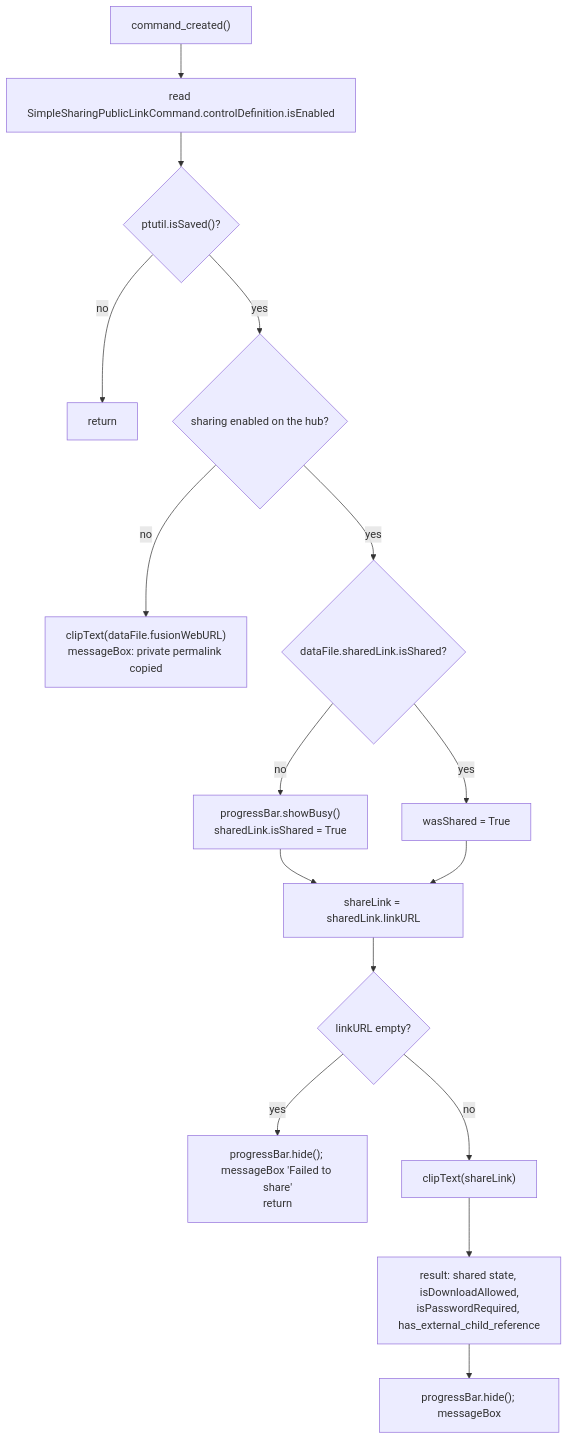
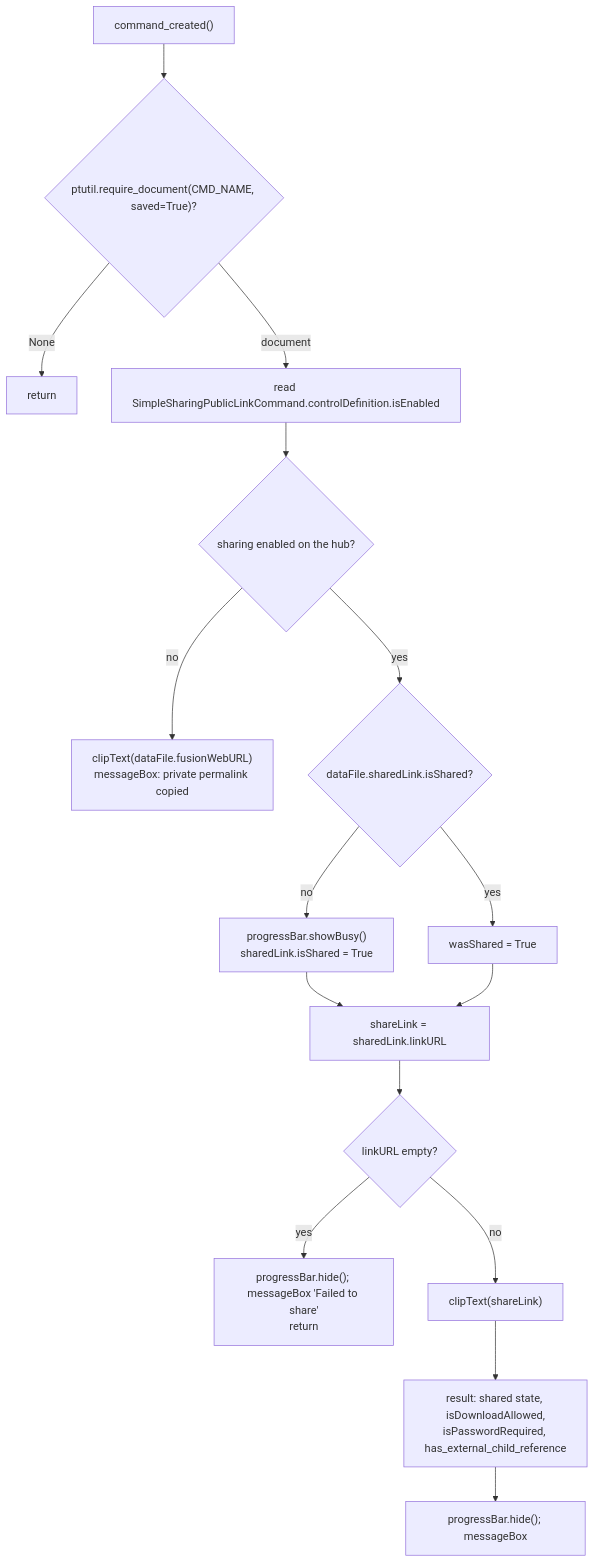
One commit to schneik80/PowerTools changed the diagram in docs/arch/Get a Share Link.md. Above: the diagram before and after it, drawn with Mermaid. The commit also changed other lines of this file and 79 other files, not shown here.

````diff
--- a/docs/arch/Get a Share Link.md
+++ b/docs/arch/Get a Share Link.md
@@ -41,18 +41,18 @@
 ```mermaid
 flowchart TD
-    A["command_created()"] --> B["read SimpleSharingPublicLinkCommand.controlDefinition.isEnabled"]
-    B --> C{"ptutil.isSaved()?"}
-    C -- no --> X1["return"]
-    C -- yes --> D{"sharing enabled on the hub?"}
+    A["command_created()"] --> C{"ptutil.require_document(CMD_NAME, saved=True)?"}
+    C -- None --> X1["return"]
+    C -- document --> B["read SimpleSharingPublicLinkCommand.controlDefinition.isEnabled"]
+    B --> D{"sharing enabled on the hub?"}
     D -- no --> E["clipText(dataFile.fusionWebURL)<br/>messageBox: private permalink copied"]
     D -- yes --> F{"dataFile.sharedLink.isShared?"}
     F -- no --> G["progressBar.showBusy()<br/>sharedLink.isShared = True"]
     F -- yes --> H["wasShared = True"]
     G --> I["shareLink = sharedLink.linkURL"]
     H --> I
     I --> J{"linkURL empty?"}
     J -- yes --> K["progressBar.hide(); messageBox 'Failed to share'<br/>return"]
     J -- no --> L["clipText(shareLink)"]
     L --> M["result: shared state, isDownloadAllowed,<br/>isPasswordRequired, has_external_child_reference"]
     M --> N["progressBar.hide(); messageBox"]
 ```
````
